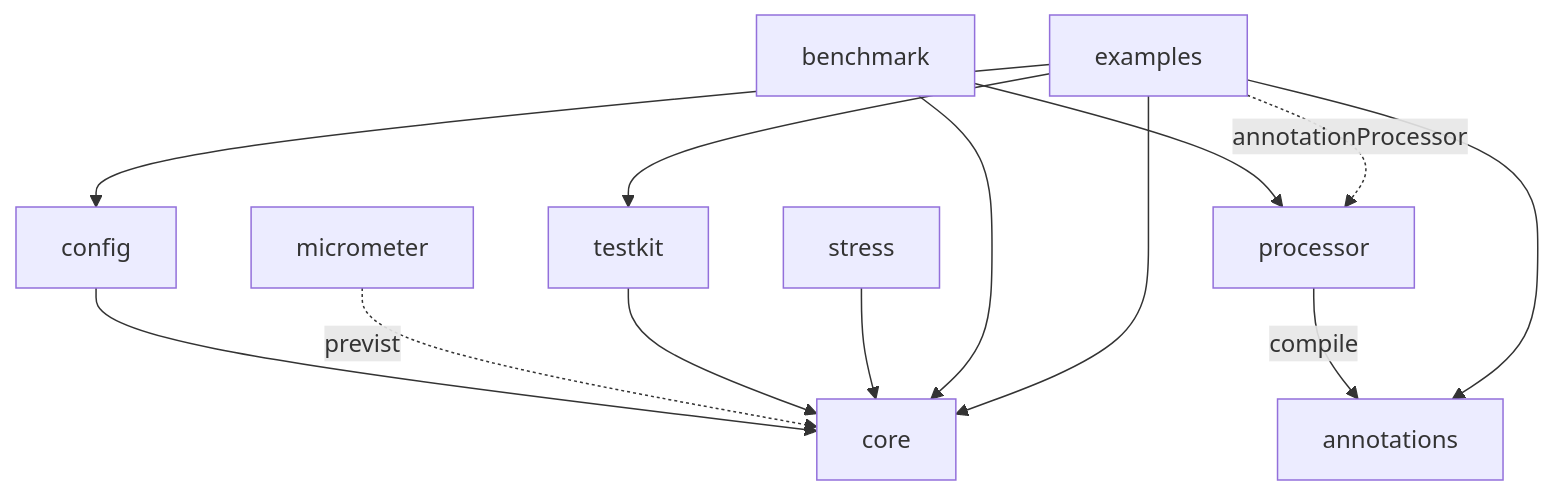
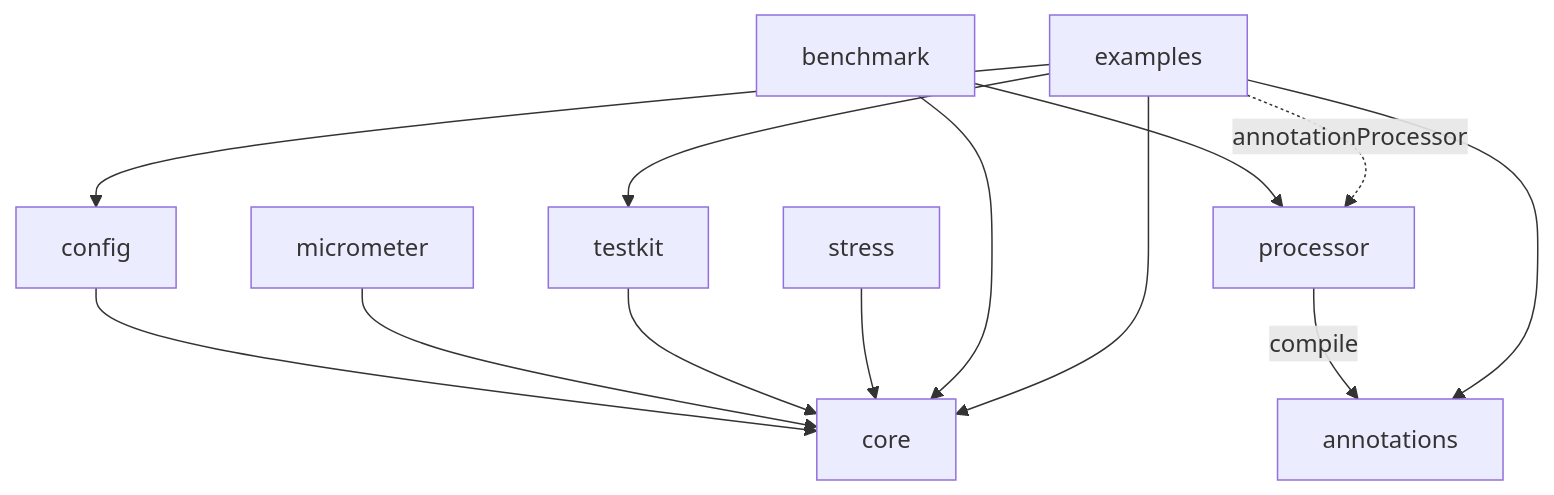
One commit to fabiangftech/resilience4cata changed the second of 2 diagrams in docs/es/architecture.md. Above: the diagram before and after it, drawn with Mermaid. The commit also changed other lines of this file and 98 other files, not shown here.

````diff
--- a/docs/es/architecture.md
+++ b/docs/es/architecture.md
@@ -165,15 +165,15 @@
 ```mermaid
 graph TD
   processor -->|compile| annotations
   config --> core
-  micrometer -.previsto.-> core
+  micrometer --> core
   testkit --> core
   stress --> core
   benchmark --> core
   benchmark --> processor
   examples --> annotations
   examples --> core
   examples --> config
   examples --> testkit
   examples -.annotationProcessor.-> processor
 ```
````
